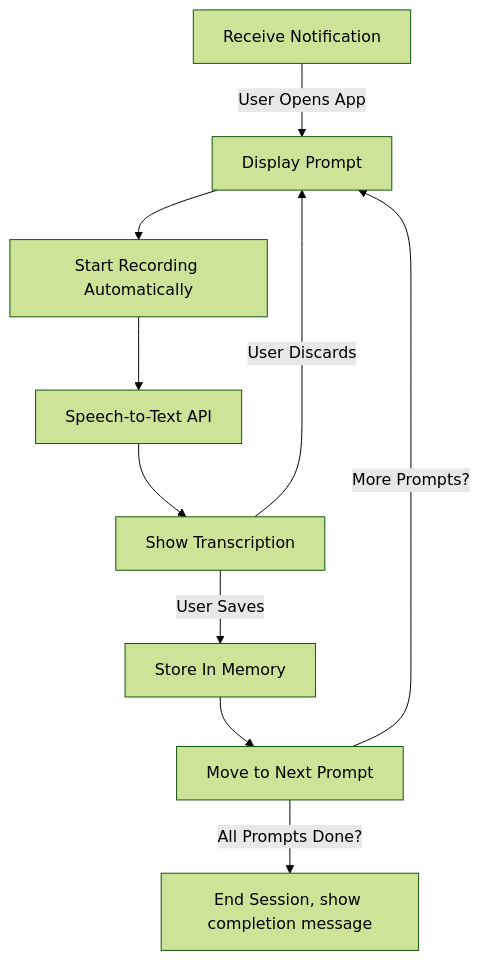
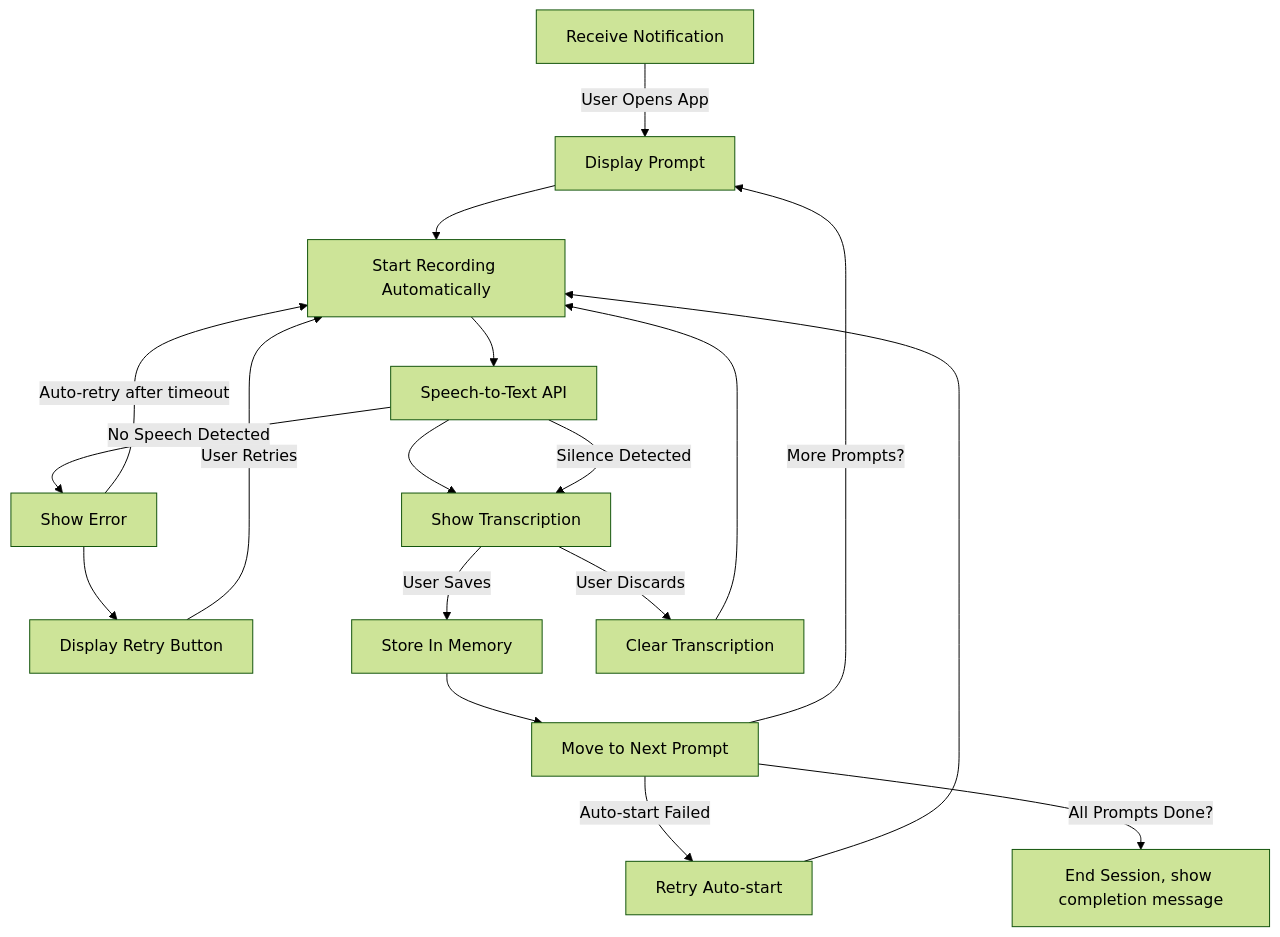
One commit to JoshuaLelon/trinity_journal_app changed the diagram in docs/diagrams/phase_2_flow_diagram.md. Above: the diagram before and after it, drawn with Mermaid (forest theme). The commit also changed 2 other files, not shown here.

Commit message:
Successfully deleted record button

````diff
--- a/docs/diagrams/phase_2_flow_diagram.md
+++ b/docs/diagrams/phase_2_flow_diagram.md
@@ -1,12 +1,20 @@
 ```mermaid
 flowchart TD
     A[Receive Notification] -->|User Opens App| B[Display Prompt]
     B --> C[Start Recording Automatically]
     C --> D[Speech-to-Text API]
     D --> E[Show Transcription]
+    D -->|No Speech Detected| F1[Show Error]
+    F1 --> F2[Display Retry Button]
+    F2 -->|User Retries| C
+    F1 -->|Auto-retry after timeout| C
+    D -->|Silence Detected| E
     E -->|User Saves| F[Store In Memory]
-    E -->|User Discards| B
+    E -->|User Discards| G[Clear Transcription]
+    G --> C
     F --> H[Move to Next Prompt]
+    H -->|Auto-start Failed| I1[Retry Auto-start]
+    I1 --> C
     H -->|All Prompts Done?| I[End Session, show completion message]
     H -->|More Prompts?| B
 ``` 
````
